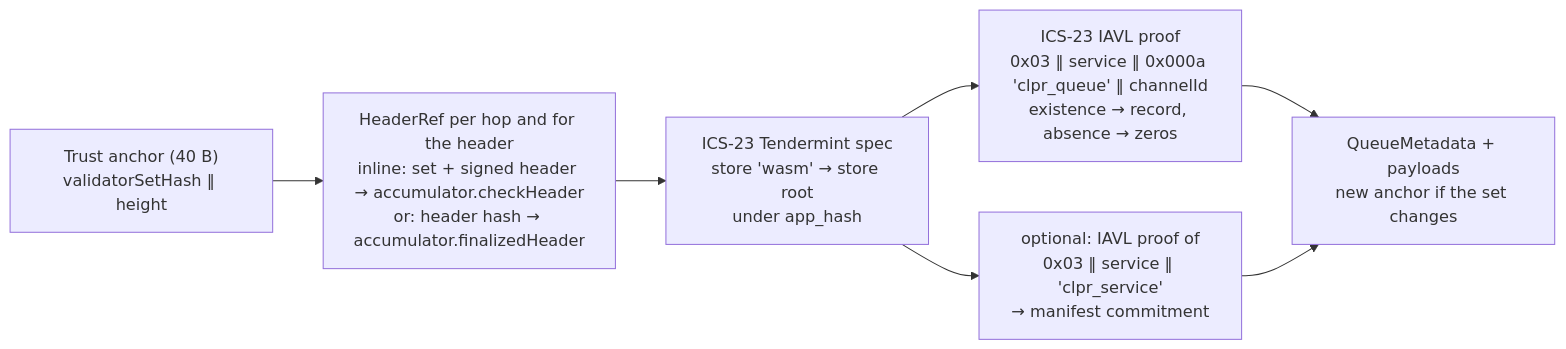
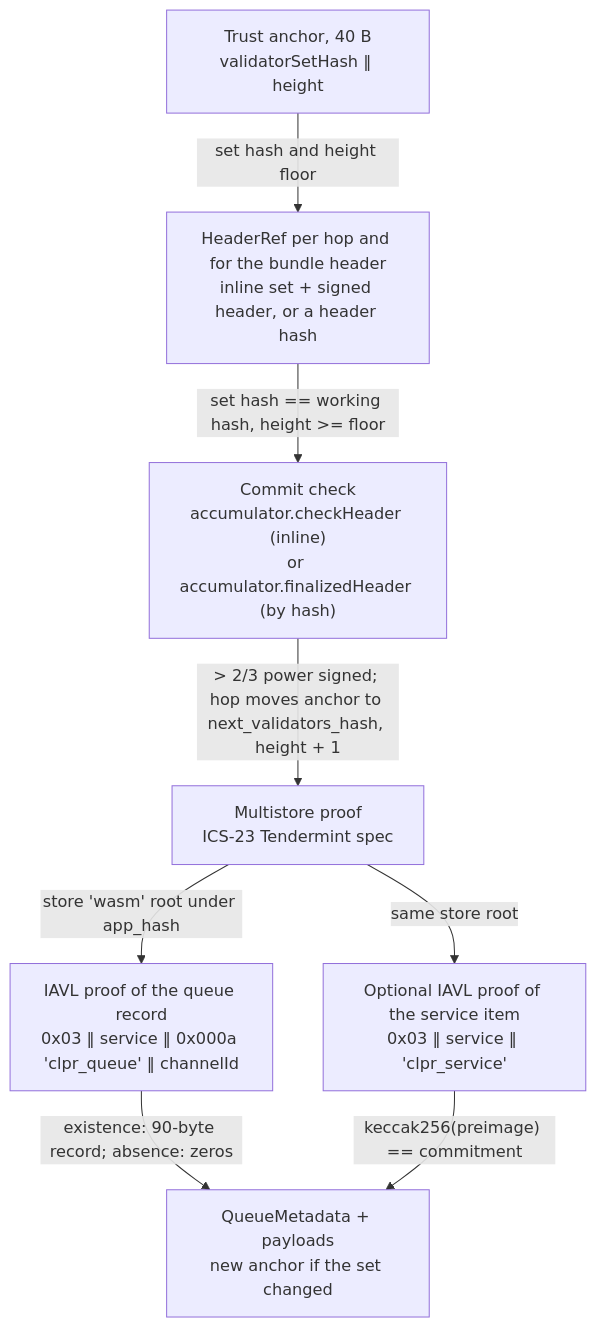
One commit to shayansal/clpr-smart-contracts changed the first of 2 diagrams in src/verifiers/evm/provenance/README.md. Above: the diagram before and after it, drawn with Mermaid. The commit also changed other lines of this file and 3 other files, not shown here.

````diff
--- a/src/verifiers/evm/provenance/README.md
+++ b/src/verifiers/evm/provenance/README.md
@@ -51,9 +27,17 @@
 ```mermaid
-flowchart LR
-    A["Trust anchor (40 B)<br/>validatorSetHash ‖ height"] --> H["HeaderRef per hop and for the header<br/>inline: set + signed header → accumulator.checkHeader<br/>or: header hash → accumulator.finalizedHeader"]
-    H --> M["ICS-23 Tendermint spec<br/>store 'wasm' → store root<br/>under app_hash"]
-    M --> Q["ICS-23 IAVL proof<br/>0x03 ‖ service ‖ 0x000a 'clpr_queue' ‖ channelId<br/>existence → record, absence → zeros"]
-    M --> S["optional: IAVL proof of<br/>0x03 ‖ service ‖ 'clpr_service'<br/>→ manifest commitment"]
-    Q --> O["QueueMetadata + payloads<br/>new anchor if the set changes"]
-    S --> O
+flowchart TD
+    A["Trust anchor, 40 B<br/>validatorSetHash ‖ height"]
+    R["HeaderRef per hop and for the bundle header<br/>inline set + signed header, or a header hash"]
+    C["Commit check<br/>accumulator.checkHeader (inline)<br/>or accumulator.finalizedHeader (by hash)"]
+    M["Multistore proof<br/>ICS-23 Tendermint spec"]
+    Q["IAVL proof of the queue record<br/>0x03 ‖ service ‖ 0x000a 'clpr_queue' ‖ channelId"]
+    S["Optional IAVL proof of the service item<br/>0x03 ‖ service ‖ 'clpr_service'"]
+    O["QueueMetadata + payloads<br/>new anchor if the set changed"]
+    A -->|"set hash and height floor"| R
+    R -->|"set hash == working hash, height >= floor"| C
+    C -->|"> 2/3 power signed; hop moves anchor to next_validators_hash, height + 1"| M
+    M -->|"store 'wasm' root under app_hash"| Q
+    M -->|"same store root"| S
+    Q -->|"existence: 90-byte record; absence: zeros"| O
+    S -->|"keccak256(preimage) == commitment"| O
 ```
````
